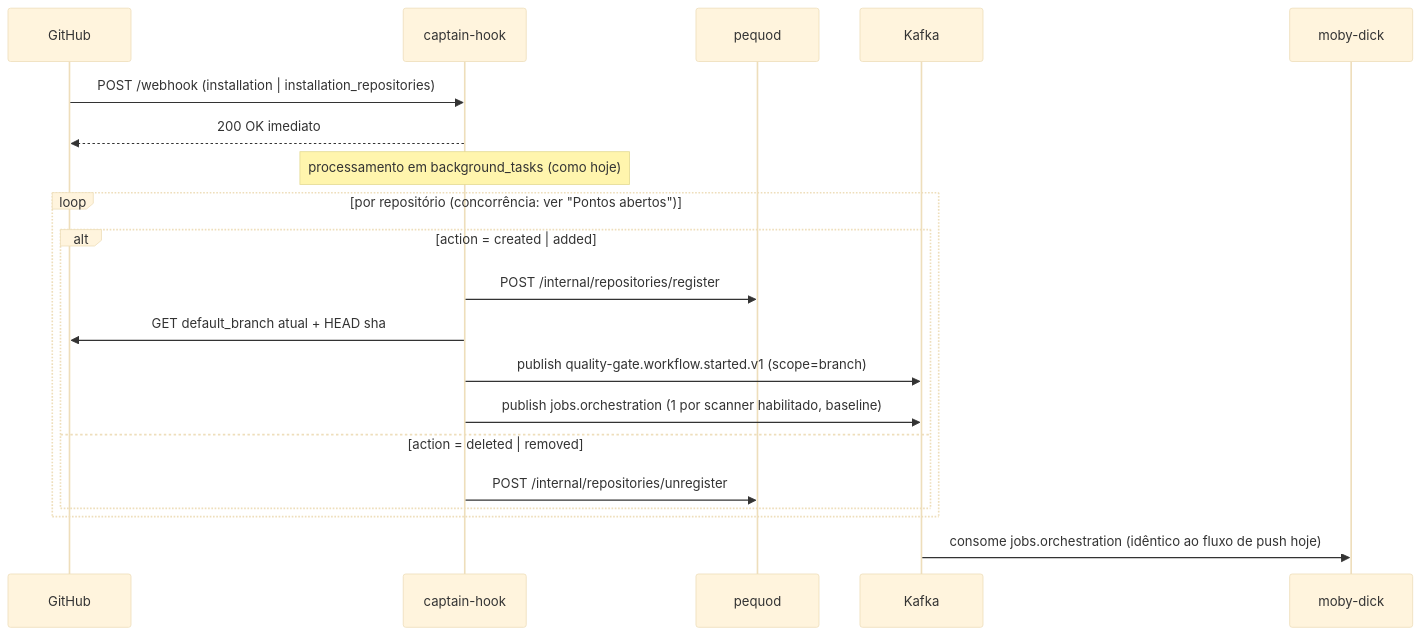
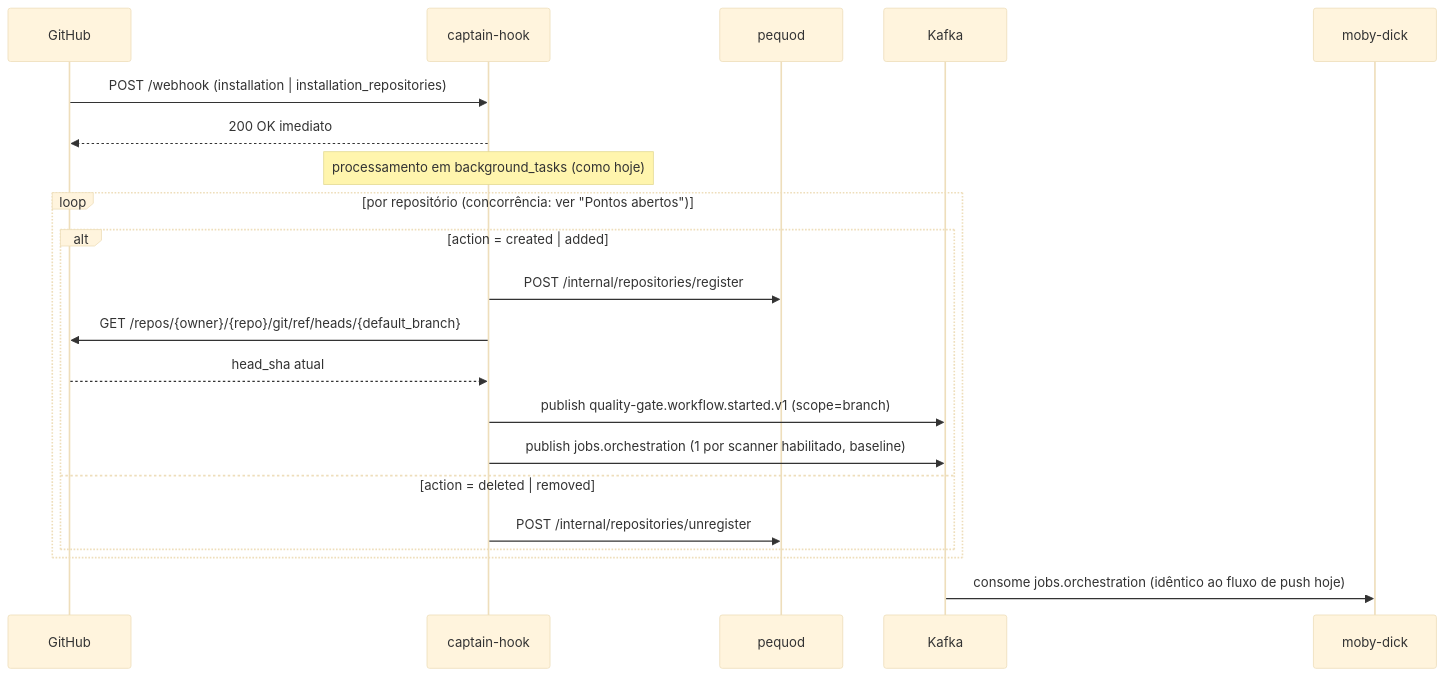
The second of 2 diagrams in docs/design/ping-install-rest-migration.md (OdinEye-FIAP/aspm-docs), drawn with Mermaid (base theme) before and after one commit. The commit also changed other lines of this file, not shown here.

Commit message:
docs: explica proposito do GET de head_sha + simetriza diagrama de installation

````diff
--- a/docs/design/ping-install-rest-migration.md
+++ b/docs/design/ping-install-rest-migration.md
@@ -136,24 +148,25 @@
 ```mermaid
 sequenceDiagram
     participant GH as GitHub
     participant CH as captain-hook
     participant PQ as pequod
     participant K as Kafka
     participant MD as moby-dick
 
     GH->>CH: POST /webhook (installation | installation_repositories)
     CH-->>GH: 200 OK imediato
     Note over CH: processamento em background_tasks (como hoje)
 
     loop por repositório (concorrência: ver "Pontos abertos")
         alt action = created | added
             CH->>PQ: POST /internal/repositories/register
-            CH->>GH: GET default_branch atual + HEAD sha
+            CH->>GH: GET /repos/{owner}/{repo}/git/ref/heads/{default_branch}
+            GH-->>CH: head_sha atual
             CH->>K: publish quality-gate.workflow.started.v1 (scope=branch)
             CH->>K: publish jobs.orchestration (1 por scanner habilitado, baseline)
         else action = deleted | removed
             CH->>PQ: POST /internal/repositories/unregister
         end
     end
     K->>MD: consome jobs.orchestration (idêntico ao fluxo de push hoje)
 ```
````
